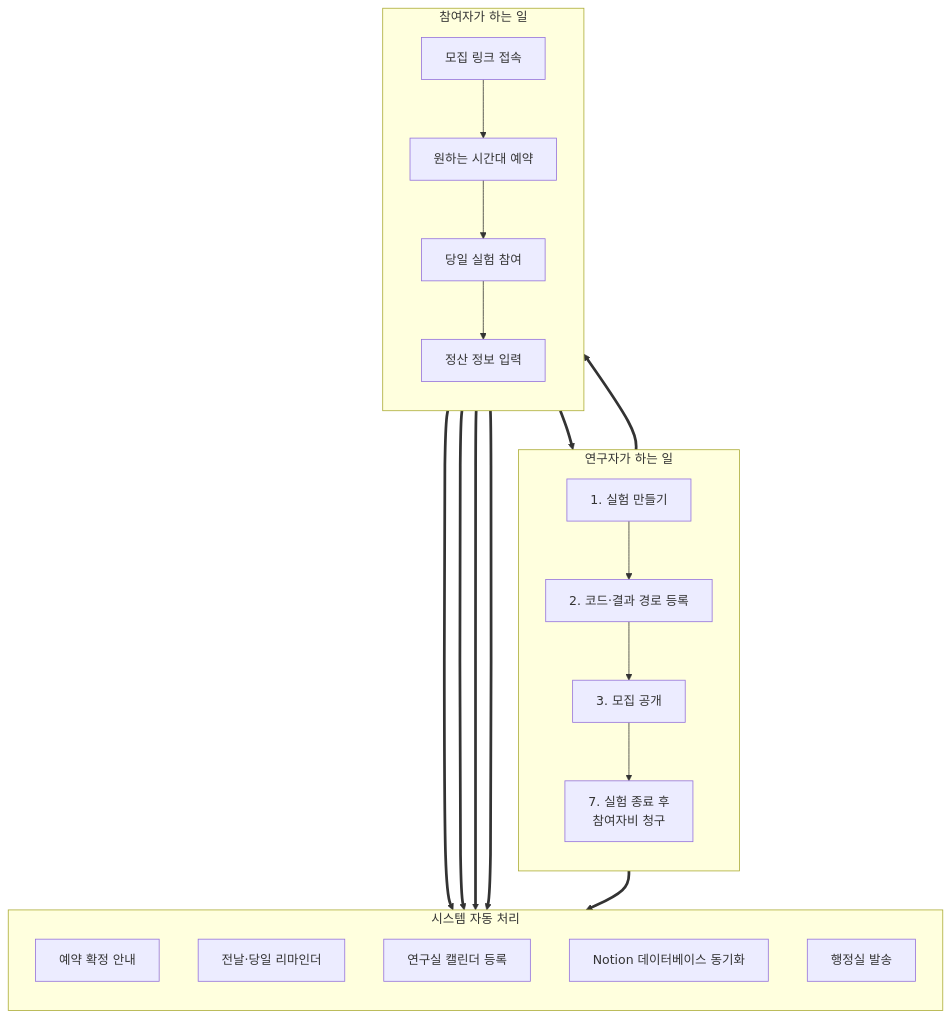
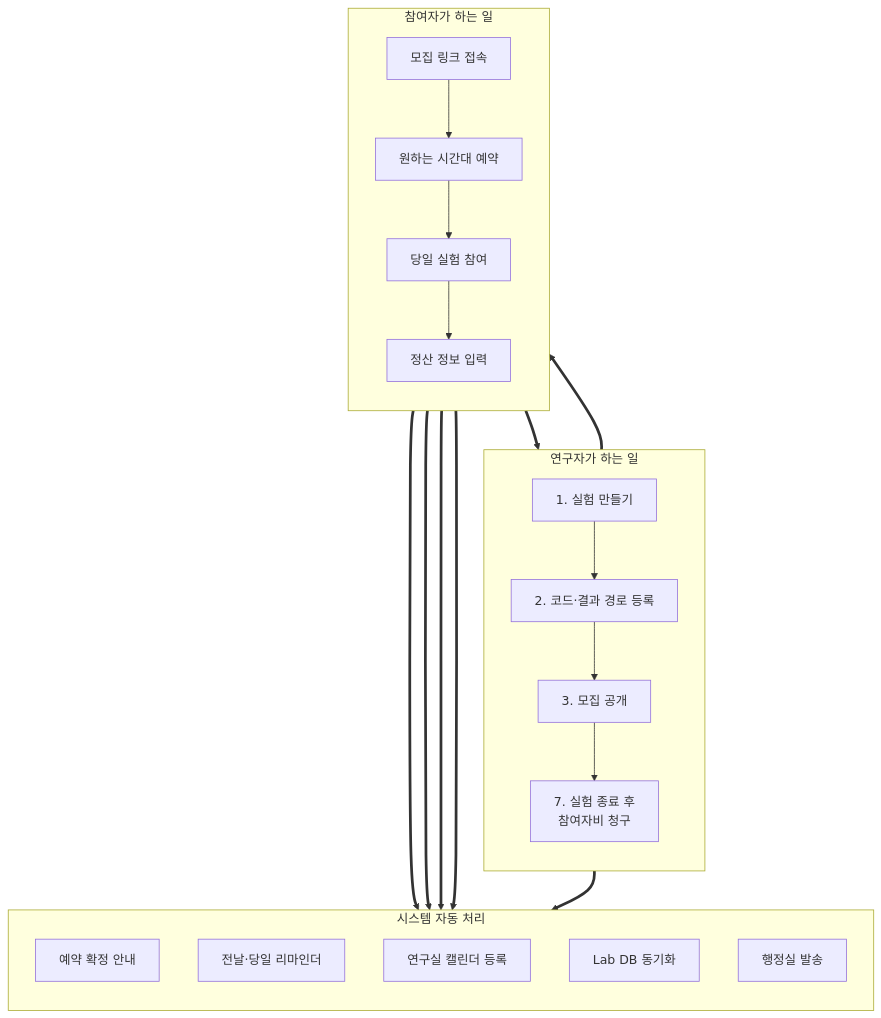
The first of 3 diagrams in README.md (CSNL-vnilab/Exp_Platform_by_Joonoh), drawn with Mermaid before and after one commit. The commit also changed other lines of this file and 7 other files, not shown here.

````diff
--- a/README.md
+++ b/README.md
@@ -65,37 +64,37 @@
 ```mermaid
 flowchart TB
   subgraph R["연구자가 하는 일"]
     direction TB
     R1["1. 실험 만들기"]
     R2["2. 코드·결과 경로 등록"]
     R3["3. 모집 공개"]
     R4["7. 실험 종료 후<br/>참여자비 청구"]
     R1 --> R2 --> R3 --> R4
   end
 
   subgraph P["참여자가 하는 일"]
     direction TB
     P1["모집 링크 접속"]
     P2["원하는 시간대 예약"]
     P3["당일 실험 참여"]
     P4["정산 정보 입력"]
     P1 --> P2 --> P3 --> P4
   end
 
   subgraph S["시스템 자동 처리"]
     direction TB
     S1["예약 확정 안내"]
     S2["전날·당일 리마인더"]
     S3["연구실 캘린더 등록"]
-    S4["Notion 데이터베이스 동기화"]
+    S4["Lab DB 동기화"]
     S5["행정실 발송"]
   end
 
   R3 ==> P1
   P2 ==> S1
   P2 ==> S2
   P2 ==> S3
   P2 ==> S4
   P4 ==> R4
   R4 ==> S5
 ```
````
